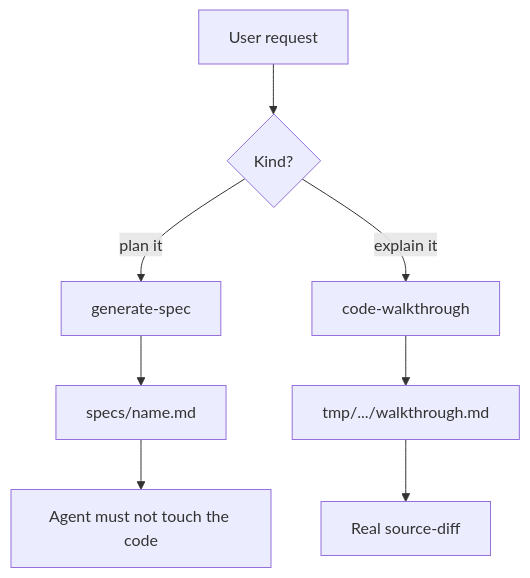
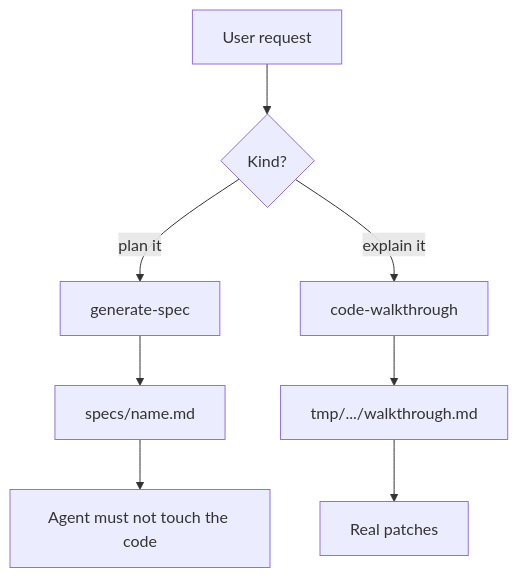
Before and after one commit to tanishqkancharla/diffmap: the first of 3 diagrams in specs/merge-generate-spec-walkthrough.md, drawn with Mermaid. The commit also changed other lines of this file and 37 other files, not shown here.

````diff
--- a/specs/merge-generate-spec-walkthrough.md
+++ b/specs/merge-generate-spec-walkthrough.md
@@ -23,10 +23,10 @@
 ```mermaid
 flowchart TD
   Request[User request] --> Kind{Kind?}
   Kind -->|plan it| Spec[generate-spec]
   Kind -->|explain it| Walk[code-walkthrough]
   Spec --> SpecFile["specs/name.md"]
   SpecFile --> Stop[Agent must not touch the code]
   Walk --> TmpFile["tmp/.../walkthrough.md"]
-  TmpFile --> Diffs[Real source-diff]
+  TmpFile --> Diffs[Real patches]
 ```
````
